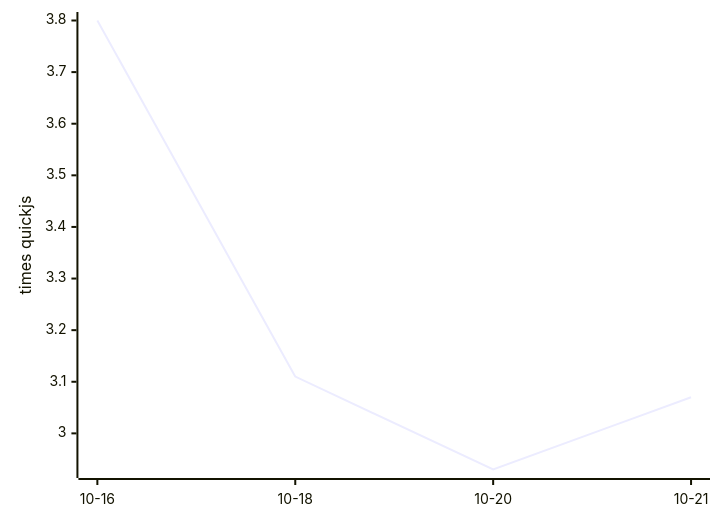
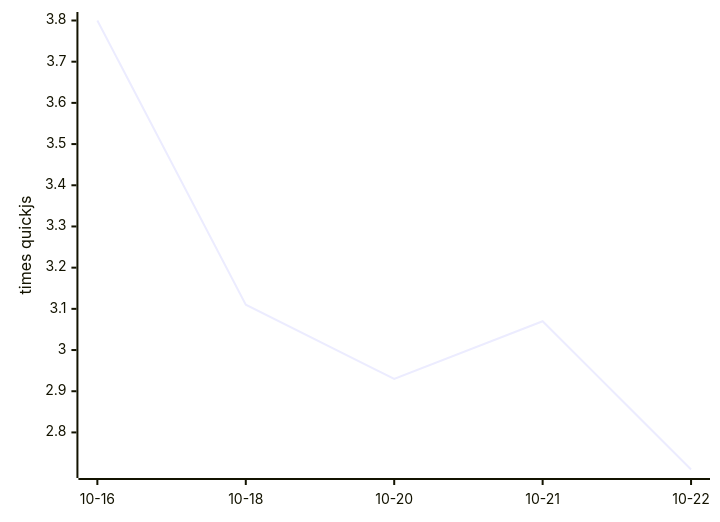
Before and after one commit to mozzius/kahvi: the diagram in README.md, drawn with Mermaid. The commit also changed other lines of this file and 1 other file, not shown here.

````diff
--- a/README.md
+++ b/README.md
@@ -9,6 +9,6 @@
 ```mermaid
 xychart-beta
-  x-axis ["10-16", "10-18", "10-20", "10-21"]
+  x-axis ["10-16", "10-18", "10-20", "10-21", "10-22"]
   y-axis "times quickjs"
-  line [3.80, 3.11, 2.93, 3.07]
+  line [3.80, 3.11, 2.93, 3.07, 2.71]
 ```
````
